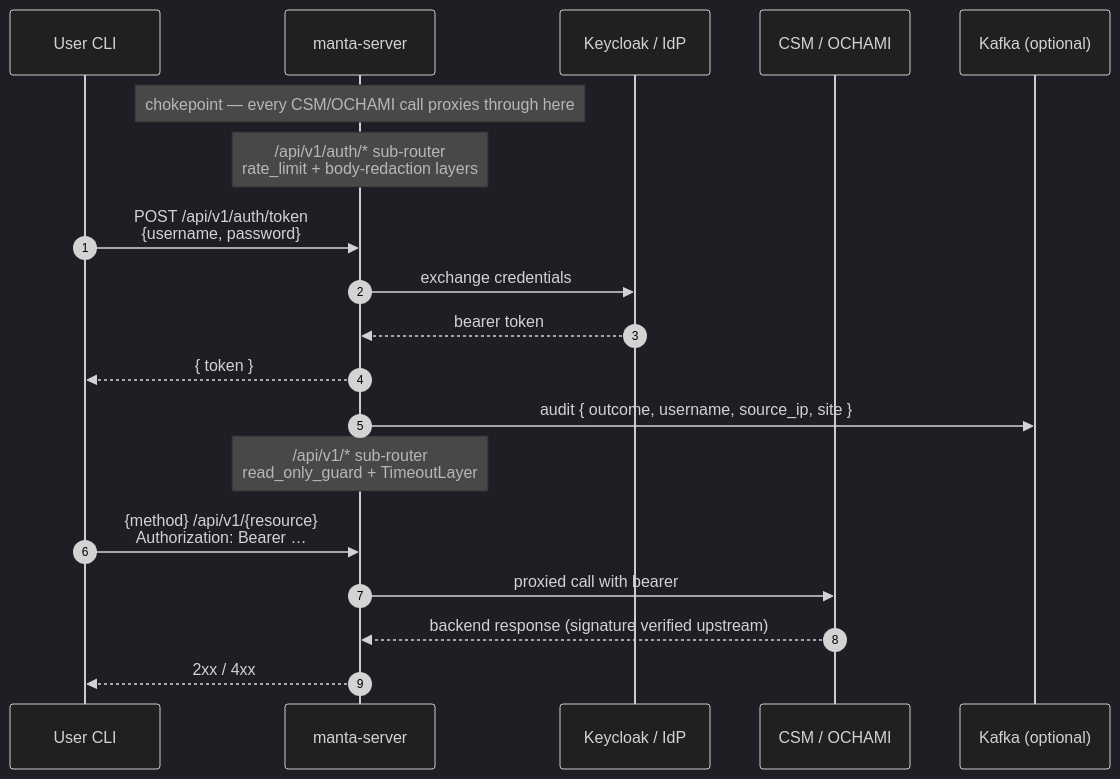
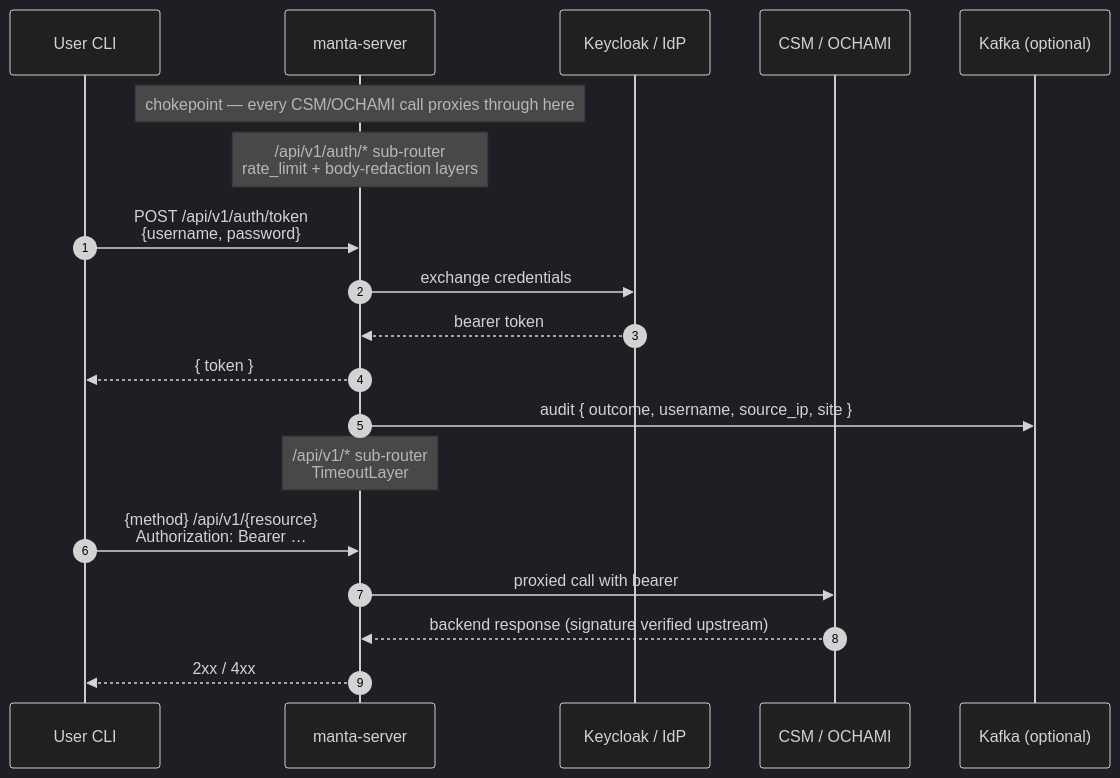
Before and after one commit to eth-cscs/manta: the diagram in SECURITY.md, drawn with Mermaid (dark theme). The commit also changed other lines of this file and 4 other files, not shown here.

First line of the commit message:
docs: sweep remaining references to manta-read-only JWT gate

````diff
--- a/SECURITY.md
+++ b/SECURITY.md
@@ -70,26 +70,26 @@
 ```mermaid
 sequenceDiagram
     autonumber
     participant CLI as User CLI
     participant MS as manta-server
     participant K as Keycloak / IdP
     participant B as CSM / OCHAMI
     participant Kf as Kafka (optional)
 
     Note over MS: chokepoint — every CSM/OCHAMI call proxies through here
 
     Note over MS: /api/v1/auth/* sub-router<br/>rate_limit + body-redaction layers
 
     CLI->>MS: POST /api/v1/auth/token<br/>{username, password}
     MS->>K: exchange credentials
     K-->>MS: bearer token
     MS-->>CLI: { token }
     MS->>Kf: audit { outcome, username, source_ip, site }
 
-    Note over MS: /api/v1/* sub-router<br/>read_only_guard + TimeoutLayer
+    Note over MS: /api/v1/* sub-router<br/>TimeoutLayer
 
     CLI->>MS: {method} /api/v1/{resource}<br/>Authorization: Bearer …
     MS->>B: proxied call with bearer
     B-->>MS: backend response (signature verified upstream)
     MS-->>CLI: 2xx / 4xx
 ```
````
